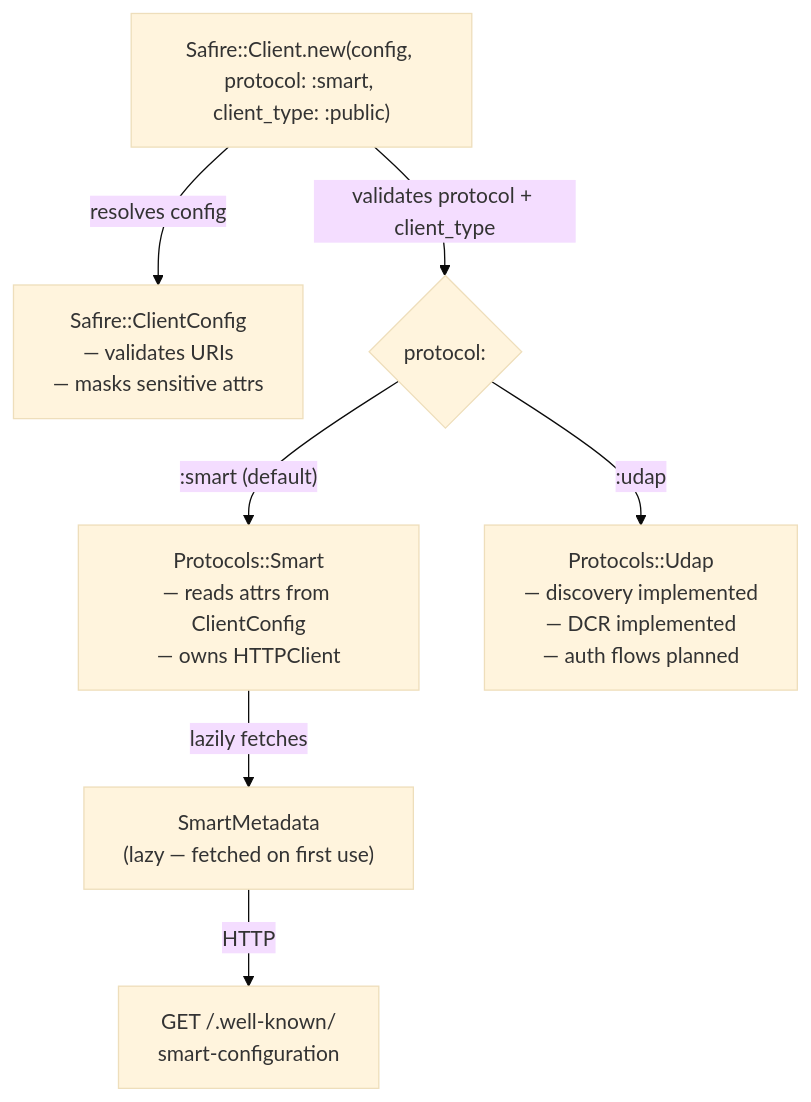
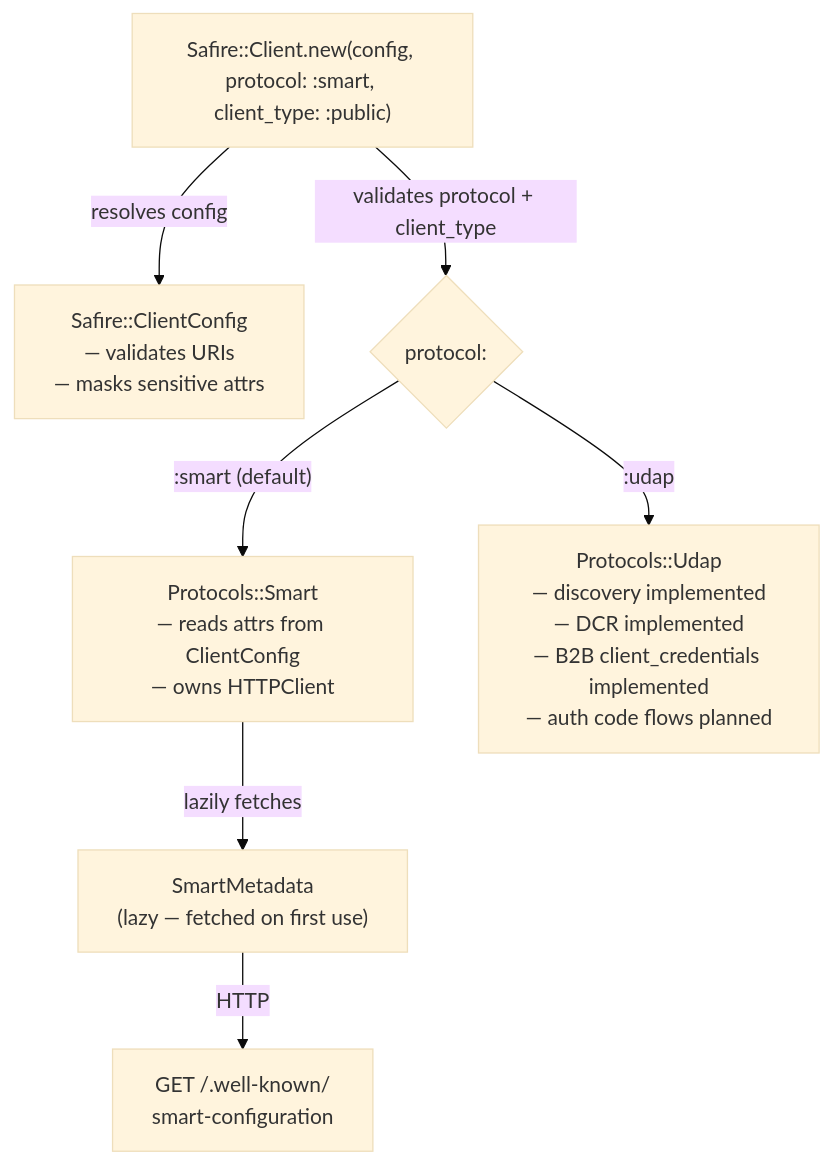
Before and after one commit to vanessuniq/safire: the diagram in docs/configuration/index.md, drawn with Mermaid (base theme). The commit also changed other lines of this file and 11 other files, not shown here.

````diff
--- a/docs/configuration/index.md
+++ b/docs/configuration/index.md
@@ -20,16 +20,16 @@
 ```mermaid
 flowchart TD
     A["Safire::Client.new(config, protocol: :smart, client_type: :public)"]
     B["Safire::ClientConfig\n— validates URIs\n— masks sensitive attrs"]
     C{protocol:}
     D["Protocols::Smart\n— reads attrs from ClientConfig\n— owns HTTPClient"]
     E["SmartMetadata\n(lazy — fetched on first use)"]
     F["GET /.well-known/\nsmart-configuration"]
 
     A -->|"resolves config"| B
     A -->|"validates protocol + client_type"| C
     C -->|":smart (default)"| D
-    C -->|":udap"| G["Protocols::Udap\n— discovery implemented\n— DCR implemented\n— auth flows planned"]
+    C -->|":udap"| G["Protocols::Udap\n— discovery implemented\n— DCR implemented\n— B2B client_credentials implemented\n— auth code flows planned"]
     D -->|"lazily fetches"| E
     E -->|"HTTP"| F
 ```
````
